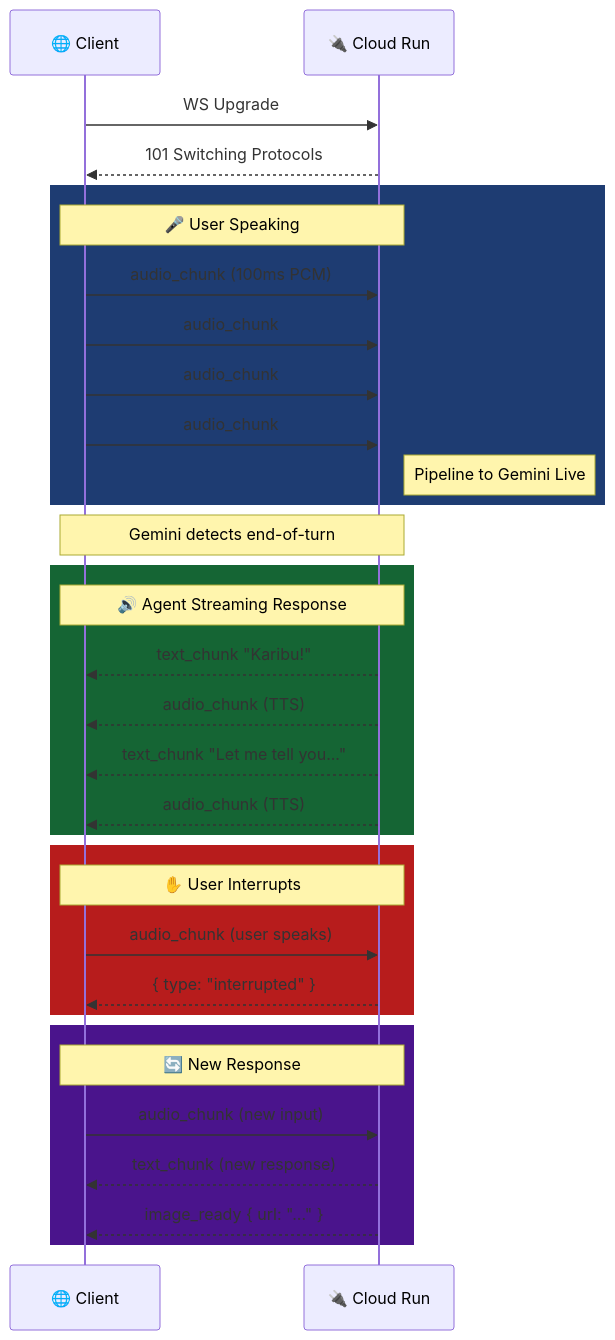
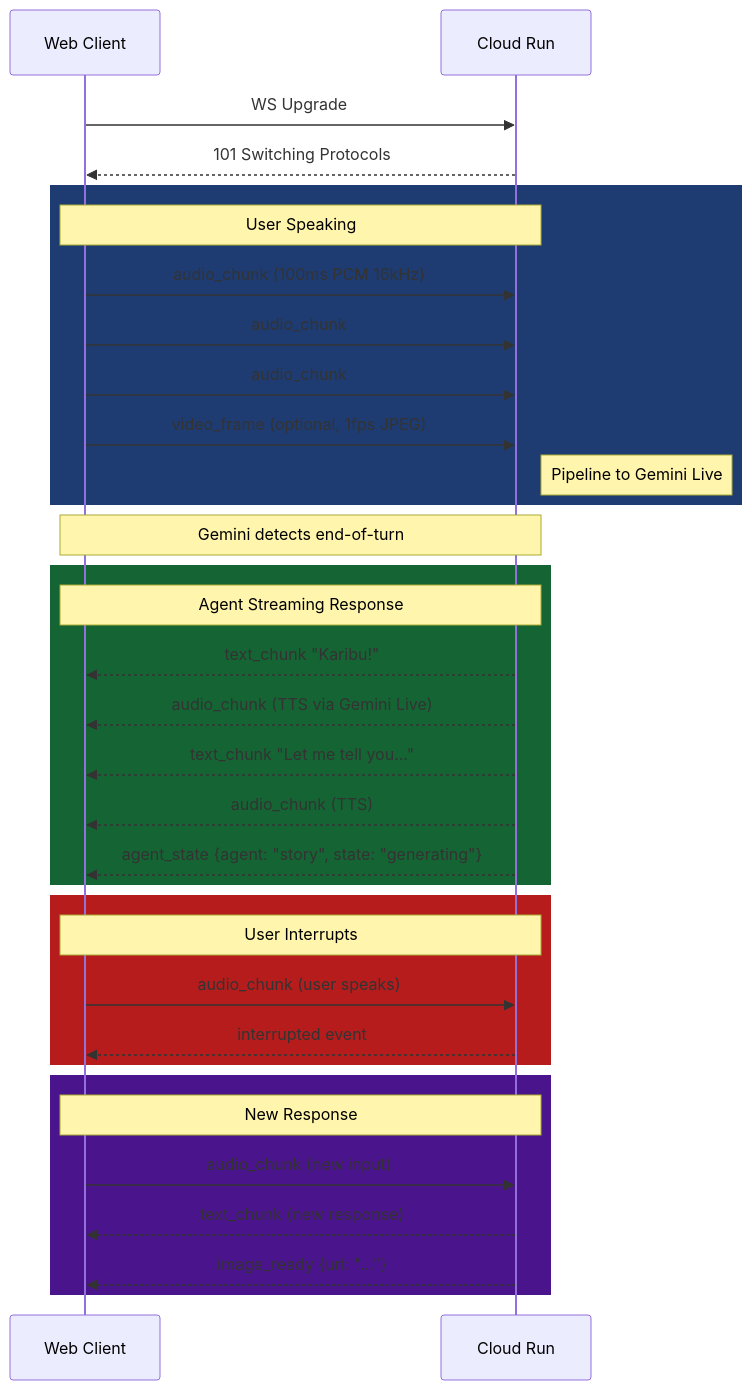
One commit to AbraImani/hadithiAI_orchestrator changed the sixth of 13 diagrams in docs/ARCHITECTURE.md. Above: the diagram before and after it, drawn with Mermaid. The commit also changed other lines of this file and 18 other files, not shown here.

````diff
--- a/docs/ARCHITECTURE.md
+++ b/docs/ARCHITECTURE.md
@@ -599,40 +818,41 @@
 ```mermaid
 sequenceDiagram
-  participant Client as 🌐 Client
-  participant Server as 🔌 Cloud Run
+  participant Client as Web Client
+  participant Server as Cloud Run
 
   Client->>Server: WS Upgrade
   Server-->>Client: 101 Switching Protocols
 
   rect rgb(30, 60, 114)
-    Note over Client,Server: 🎤 User Speaking
-    Client->>Server: audio_chunk (100ms PCM)
+    Note over Client,Server: User Speaking
+    Client->>Server: audio_chunk (100ms PCM 16kHz)
     Client->>Server: audio_chunk
     Client->>Server: audio_chunk
-    Client->>Server: audio_chunk
+    Client->>Server: video_frame (optional, 1fps JPEG)
     Note right of Server: Pipeline to Gemini Live
   end
 
   Note over Client,Server: Gemini detects end-of-turn
 
   rect rgb(21, 101, 52)
-    Note over Client,Server: 🔊 Agent Streaming Response
+    Note over Client,Server: Agent Streaming Response
     Server-->>Client: text_chunk "Karibu!"
-    Server-->>Client: audio_chunk (TTS)
+    Server-->>Client: audio_chunk (TTS via Gemini Live)
     Server-->>Client: text_chunk "Let me tell you..."
     Server-->>Client: audio_chunk (TTS)
+    Server-->>Client: agent_state {agent: "story", state: "generating"}
   end
 
   rect rgb(183, 28, 28)
-    Note over Client,Server: ✋ User Interrupts
+    Note over Client,Server: User Interrupts
     Client->>Server: audio_chunk (user speaks)
-    Server-->>Client: { type: "interrupted" }
+    Server-->>Client: interrupted event
   end
 
   rect rgb(74, 20, 140)
-    Note over Client,Server: 🔄 New Response
+    Note over Client,Server: New Response
     Client->>Server: audio_chunk (new input)
     Server-->>Client: text_chunk (new response)
-    Server-->>Client: image_ready { url: "..." }
+    Server-->>Client: image_ready {url: "..."}
   end
 ```
````
